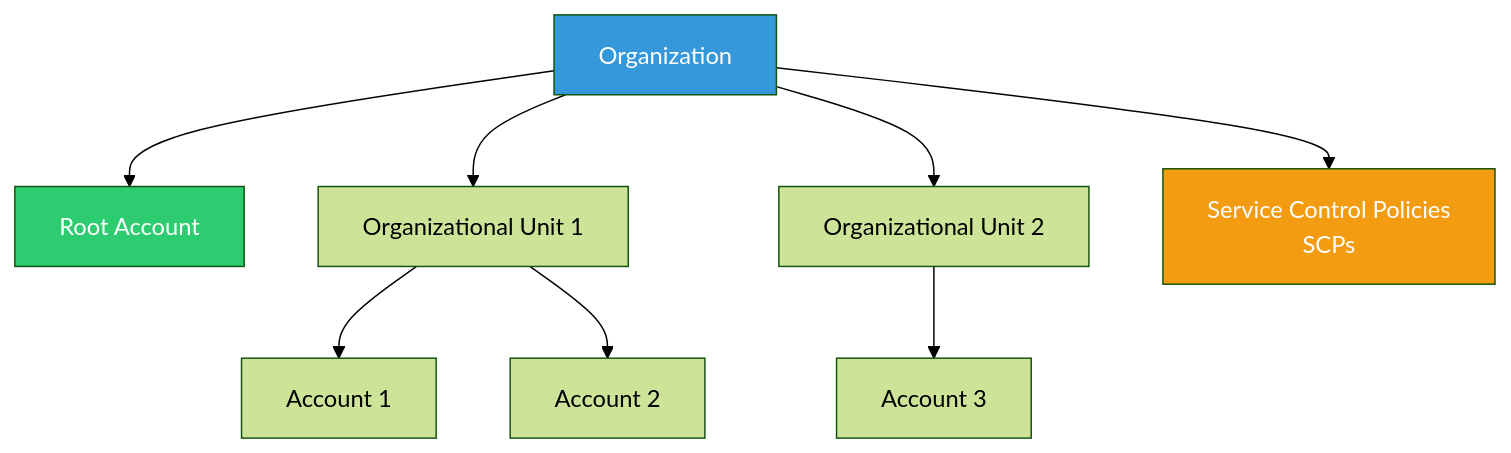
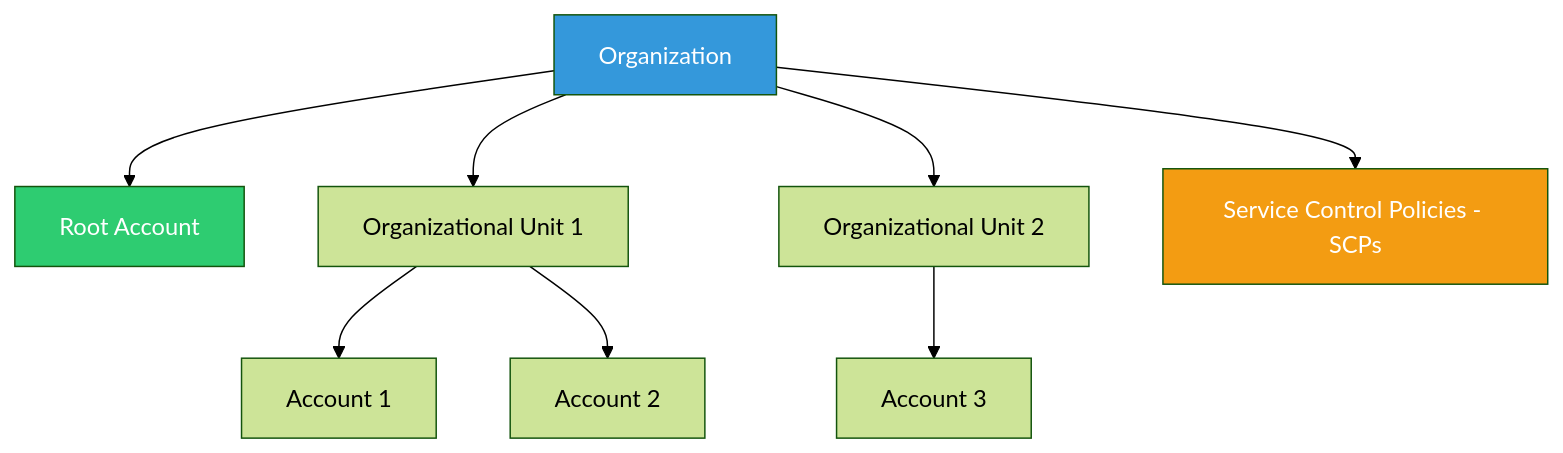
One commit to jtombo45/SeniorEngineerRoadmap changed the ninth of 10 diagrams in Cloud/AWS/AWS-Certifications/AWS-Cloud-Practitioner/README.md. Above: the diagram before and after it, drawn with Mermaid (forest theme). The commit also changed other lines of this file, not shown here.

Commit message:
fixed diagrams for rendering

````diff
--- a/Cloud/AWS/AWS-Certifications/AWS-Cloud-Practitioner/README.md
+++ b/Cloud/AWS/AWS-Certifications/AWS-Cloud-Practitioner/README.md
@@ -621,16 +630,16 @@
 ```mermaid
-graph TD
+flowchart TD
     A[Organization] --> B[Root Account]
     A --> C[Organizational Unit 1]
     A --> D[Organizational Unit 2]
     
     C --> E[Account 1]
     C --> F[Account 2]
     D --> G[Account 3]
     
-    A --> H[Service Control Policies<br/>SCPs]
+    A --> H[Service Control Policies - SCPs]
     
     style A fill:#3498DB,color:#fff
     style B fill:#2ECC71,color:#fff
     style H fill:#F39C12,color:#fff
 ```
````
